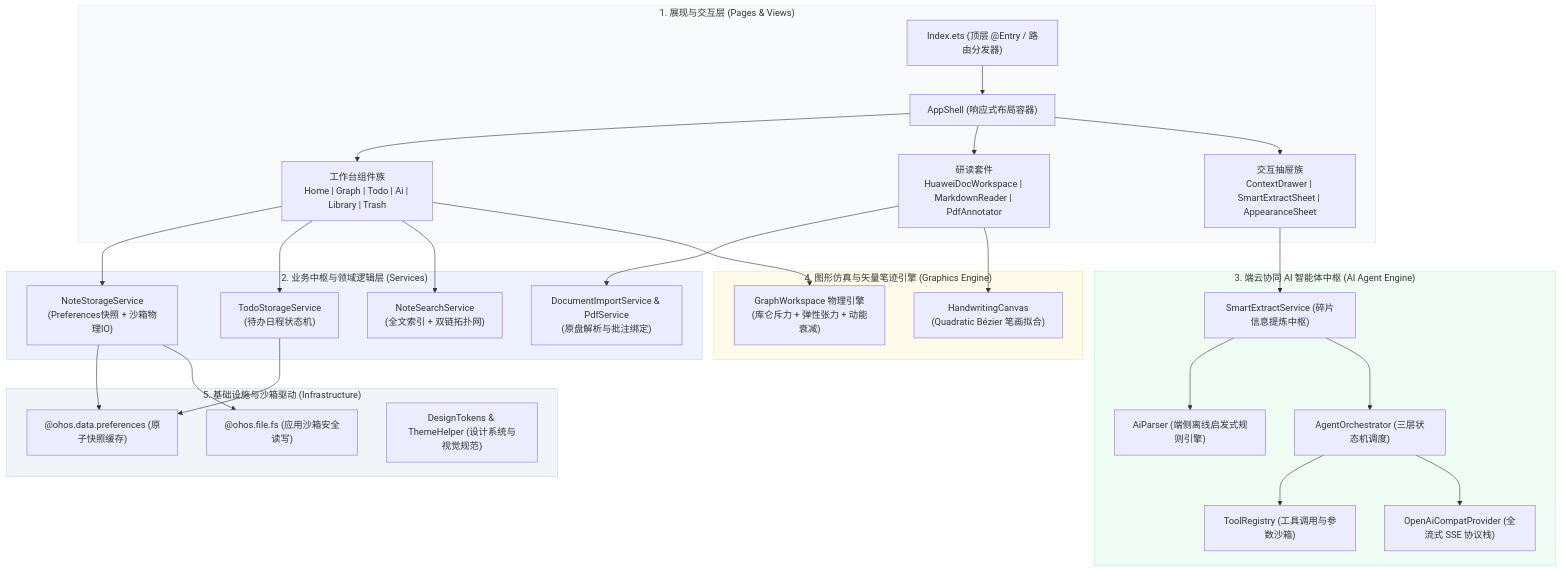
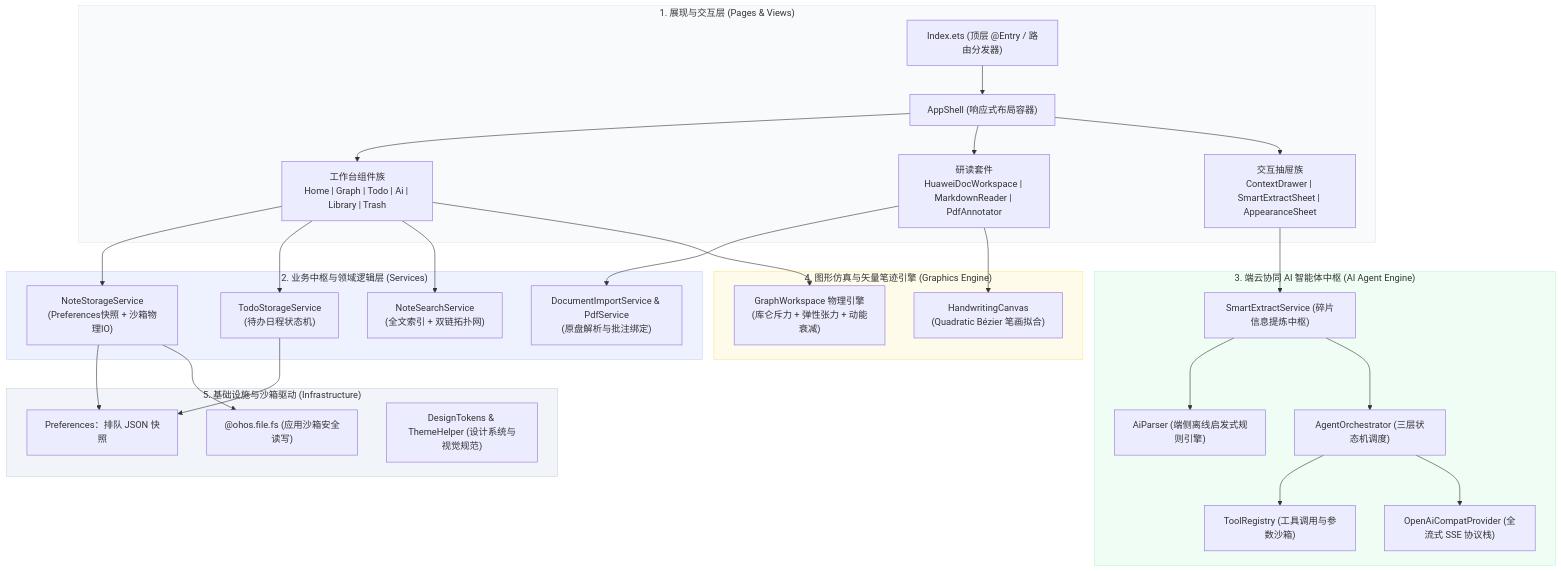
The first of 2 diagrams in TECH_STACK.md (RETEMPT/moyu), drawn with Mermaid before and after one commit. The commit also changed other lines of this file and 33 other files, not shown here.

````diff
--- a/TECH_STACK.md
+++ b/TECH_STACK.md
@@ -49,65 +51,65 @@
 ```mermaid
 graph TD
     subgraph UI_Layer["1. 展现与交互层 (Pages & Views)"]
         Index["Index.ets (顶层 @Entry / 路由分发器)"]
         AppShell["AppShell (响应式布局容器)"]
         Workspaces["工作台组件族<br/>Home | Graph | Todo | Ai | Library | Trash"]
         Reader["研读套件<br/>HuaweiDocWorkspace | MarkdownReader | PdfAnnotator"]
         Sheets["交互抽屉族<br/>ContextDrawer | SmartExtractSheet | AppearanceSheet"]
     end
 
     subgraph Logic_Layer["2. 业务中枢与领域逻辑层 (Services)"]
         NoteStorage["NoteStorageService<br/>(Preferences快照 + 沙箱物理IO)"]
         TodoStorage["TodoStorageService<br/>(待办日程状态机)"]
         NoteSearch["NoteSearchService<br/>(全文索引 + 双链拓扑网)"]
         DocService["DocumentImportService & PdfService<br/>(原盘解析与批注绑定)"]
     end
 
     subgraph AI_Layer["3. 端云协同 AI 智能体中枢 (AI Agent Engine)"]
         Orchestrator["AgentOrchestrator (三层状态机调度)"]
         ToolReg["ToolRegistry (工具调用与参数沙箱)"]
         Provider["OpenAiCompatProvider (全流式 SSE 协议栈)"]
         LocalNLP["AiParser (端侧离线启发式规则引擎)"]
         SmartService["SmartExtractService (碎片信息提炼中枢)"]
     end
 
     subgraph Graph_Layer["4. 图形仿真与矢量笔迹引擎 (Graphics Engine)"]
         InkEngine["HandwritingCanvas<br/>(Quadratic Bézier 笔画拟合)"]
         ForceSim["GraphWorkspace 物理引擎<br/>(库仑斥力 + 弹性张力 + 动能衰减)"]
     end
 
     subgraph Storage_Layer["5. 基础设施与沙箱驱动 (Infrastructure)"]
-        Preferences["@ohos.data.preferences (原子快照缓存)"]
+        Preferences["Preferences：排队 JSON 快照"]
         FileIO["@ohos.file.fs (应用沙箱安全读写)"]
         Tokens["DesignTokens & ThemeHelper (设计系统与视觉规范)"]
     end
 
     Index --> AppShell
     AppShell --> Workspaces
     AppShell --> Reader
     AppShell --> Sheets
 
     Workspaces --> NoteStorage
     Workspaces --> TodoStorage
     Workspaces --> NoteSearch
     Reader --> DocService
     Sheets --> SmartService
 
     SmartService --> LocalNLP
     SmartService --> Orchestrator
     Orchestrator --> ToolReg
     Orchestrator --> Provider
 
     Reader --> InkEngine
     Workspaces --> ForceSim
 
     NoteStorage --> Preferences
     NoteStorage --> FileIO
     TodoStorage --> Preferences
 
     style UI_Layer fill:#F8FAFC,stroke:#E2E8F0,stroke-width:1px
     style Logic_Layer fill:#EEF2FF,stroke:#C7D2FE,stroke-width:1px
     style AI_Layer fill:#F0FDF4,stroke:#BBF7D0,stroke-width:1px
     style Graph_Layer fill:#FFFBEB,stroke:#FDE68A,stroke-width:1px
     style Storage_Layer fill:#F1F5F9,stroke:#CBD5E1,stroke-width:1px
 ```
````
